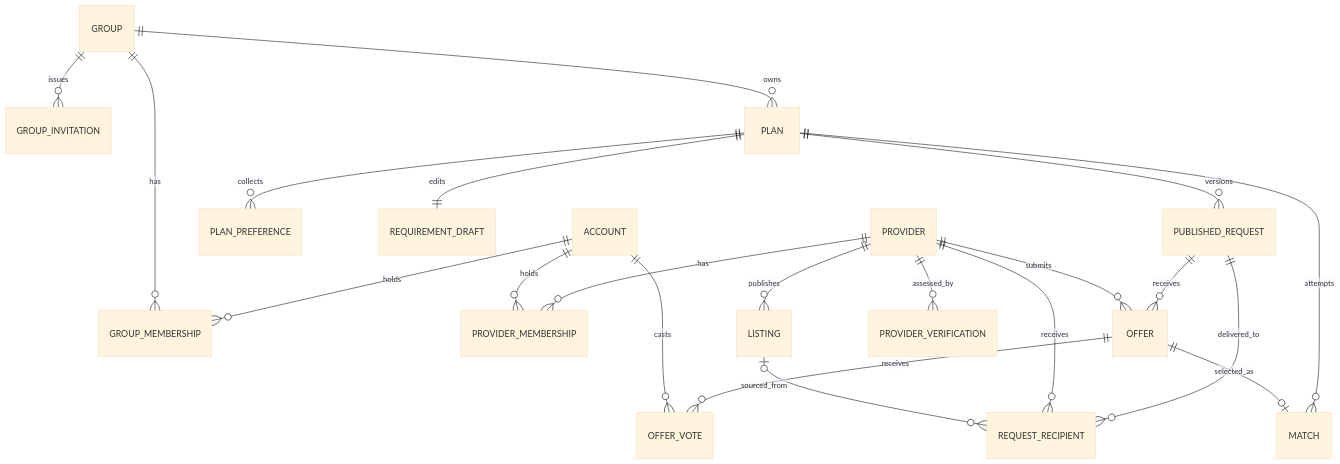
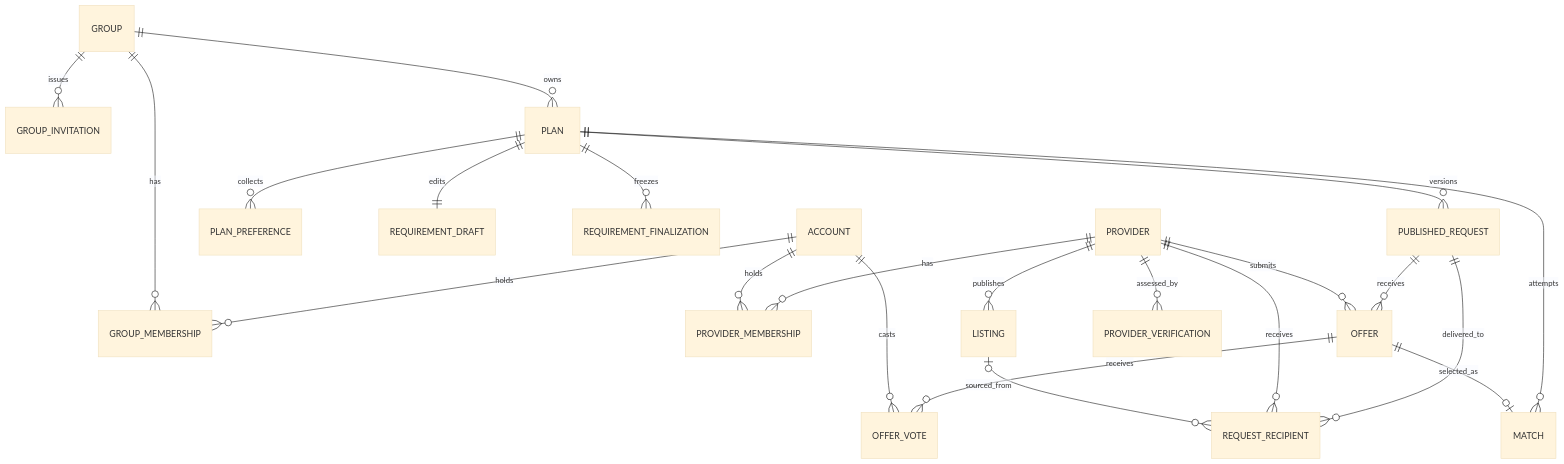
The ninth of 9 diagrams in docs/domain-model.md (builtbyjuls/arat), drawn with Mermaid (base theme) before and after one commit. The commit also changed other lines of this file and 10 other files, not shown here.

````diff
--- a/docs/domain-model.md
+++ b/docs/domain-model.md
@@ -327,23 +361,24 @@
 ```mermaid
 erDiagram
     ACCOUNT ||--o{ GROUP_MEMBERSHIP : holds
     GROUP ||--o{ GROUP_MEMBERSHIP : has
     GROUP ||--o{ GROUP_INVITATION : issues
     GROUP ||--o{ PLAN : owns
     PLAN ||--o{ PLAN_PREFERENCE : collects
     PLAN ||--|| REQUIREMENT_DRAFT : edits
+    PLAN ||--o{ REQUIREMENT_FINALIZATION : freezes
     PLAN ||--o{ PUBLISHED_REQUEST : versions
     PUBLISHED_REQUEST ||--o{ REQUEST_RECIPIENT : delivered_to
     PROVIDER ||--o{ REQUEST_RECIPIENT : receives
     PROVIDER ||--o{ PROVIDER_MEMBERSHIP : has
     ACCOUNT ||--o{ PROVIDER_MEMBERSHIP : holds
     PROVIDER ||--o{ LISTING : publishes
     LISTING o|--o{ REQUEST_RECIPIENT : sourced_from
     PUBLISHED_REQUEST ||--o{ OFFER : receives
     PROVIDER ||--o{ OFFER : submits
     OFFER ||--o{ OFFER_VOTE : receives
     ACCOUNT ||--o{ OFFER_VOTE : casts
     PLAN ||--o{ MATCH : attempts
     OFFER ||--o| MATCH : selected_as
     PROVIDER ||--o{ PROVIDER_VERIFICATION : assessed_by
 ```
````
